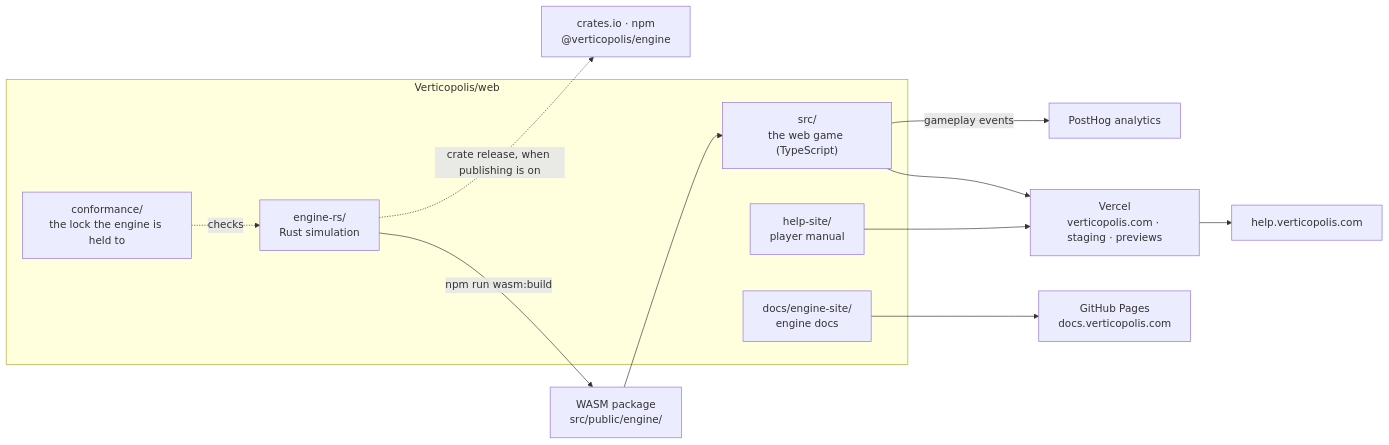
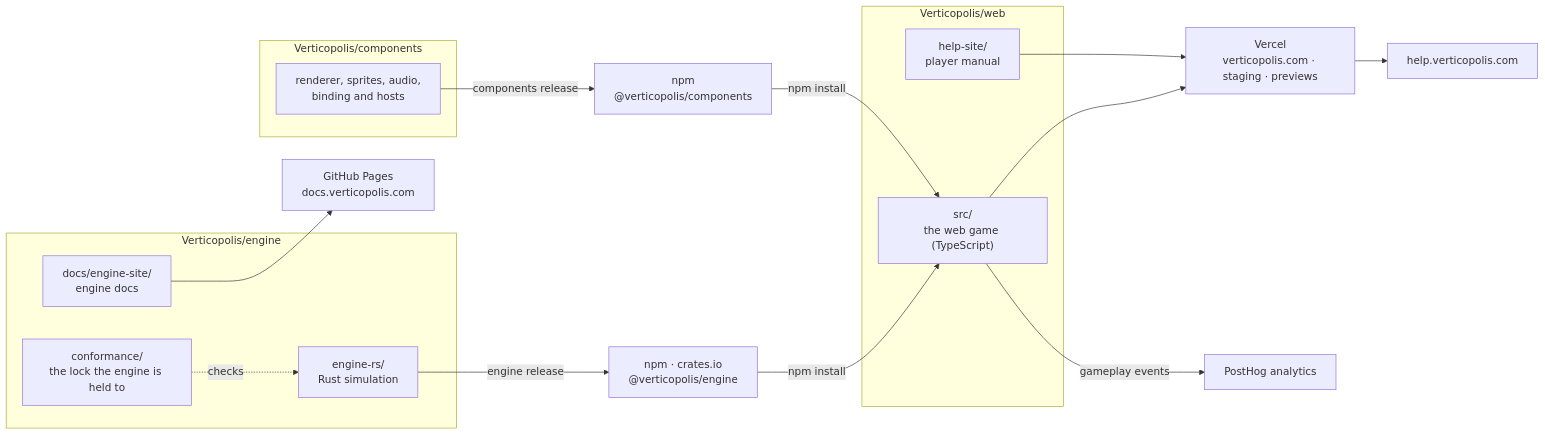
Before and after one commit to maniator/verticopolis: the diagram in docs/architecture/README.md, drawn with Mermaid. The commit also changed other lines of this file and 1806 other files, not shown here.

First line of the commit message:
Build the game from the engine and components packages

````diff
--- a/docs/architecture/README.md
+++ b/docs/architecture/README.md
@@ -9,20 +9,26 @@
 ```mermaid
 flowchart LR
+    subgraph engine["Verticopolis/engine"]
+        Engine["engine-rs/<br/>Rust simulation"]
+        Conf["conformance/<br/>the lock the engine is held to"]
+        DocsSite["docs/engine-site/<br/>engine docs"]
+    end
+    subgraph components["Verticopolis/components"]
+        Comp["renderer, sprites, audio,<br/>binding and hosts"]
+    end
     subgraph repo["Verticopolis/web"]
-        Engine["engine-rs/<br/>Rust simulation"]
         Web["src/<br/>the web game (TypeScript)"]
         Help["help-site/<br/>player manual"]
-        DocsSite["docs/engine-site/<br/>engine docs"]
-        Conf["conformance/<br/>the lock the engine is held to"]
     end
 
-    Engine -->|"npm run wasm:build"| Pkg["WASM package<br/>src/public/engine/"]
-    Pkg --> Web
+    Engine -->|"engine release"| Registries["npm · crates.io<br/>@verticopolis/engine"]
     Conf -.checks.-> Engine
+    Comp -->|"components release"| NpmComp["npm<br/>@verticopolis/components"]
+    Registries -->|"npm install"| Web
+    NpmComp -->|"npm install"| Web
     Web --> Vercel["Vercel<br/>verticopolis.com · staging · previews"]
     Help --> Vercel
     Vercel --> HelpHost["help.verticopolis.com"]
     DocsSite --> Pages["GitHub Pages<br/>docs.verticopolis.com"]
-    Engine -.->|"crate release, when publishing is on"| Registries["crates.io · npm<br/>@verticopolis/engine"]
     Web -->|"gameplay events"| PostHog["PostHog analytics"]
 ```
````
